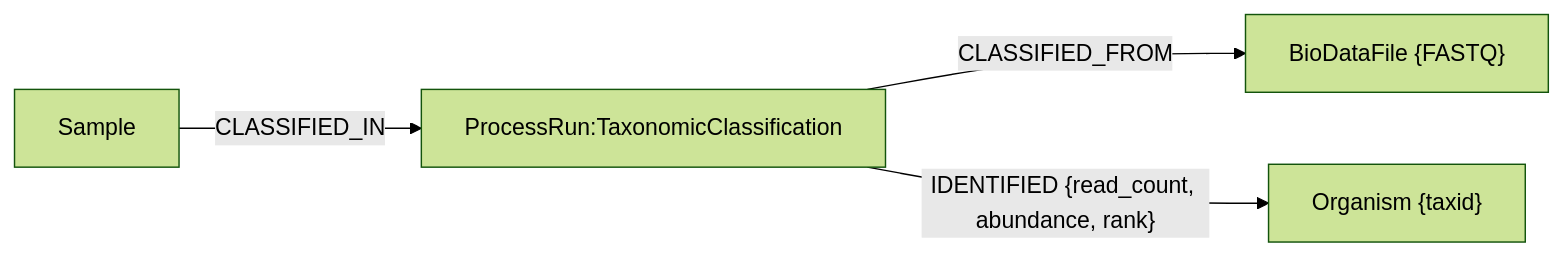
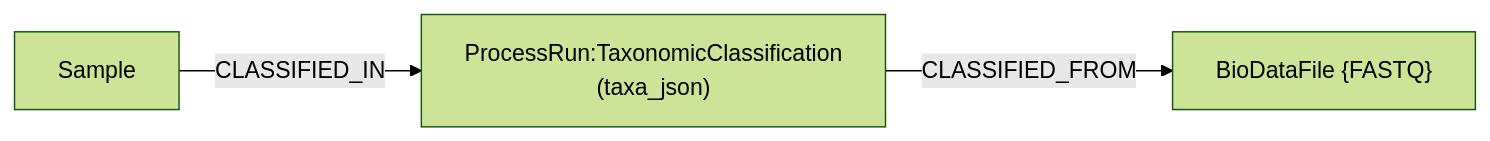
The diagram in README.md (STTLab/NosoGraph), drawn with Mermaid (forest theme) before and after one commit. The commit also changed other lines of this file and 4 other files, not shown here.

First line of the commit message:
feat: store Kraken2 taxa as taxa_json QC blob, not Organism nodes

````diff
--- a/README.md
+++ b/README.md
@@ -147,6 +149,5 @@
 ```mermaid
 graph LR
-  S[Sample] -->|CLASSIFIED_IN| TC["ProcessRun:TaxonomicClassification"]
+  S[Sample] -->|CLASSIFIED_IN| TC["ProcessRun:TaxonomicClassification<br/>(taxa_json)"]
   TC -->|CLASSIFIED_FROM| F["BioDataFile {FASTQ}"]
-  TC -->|"IDENTIFIED {read_count, abundance, rank}"| O["Organism {taxid}"]
 ```
````
